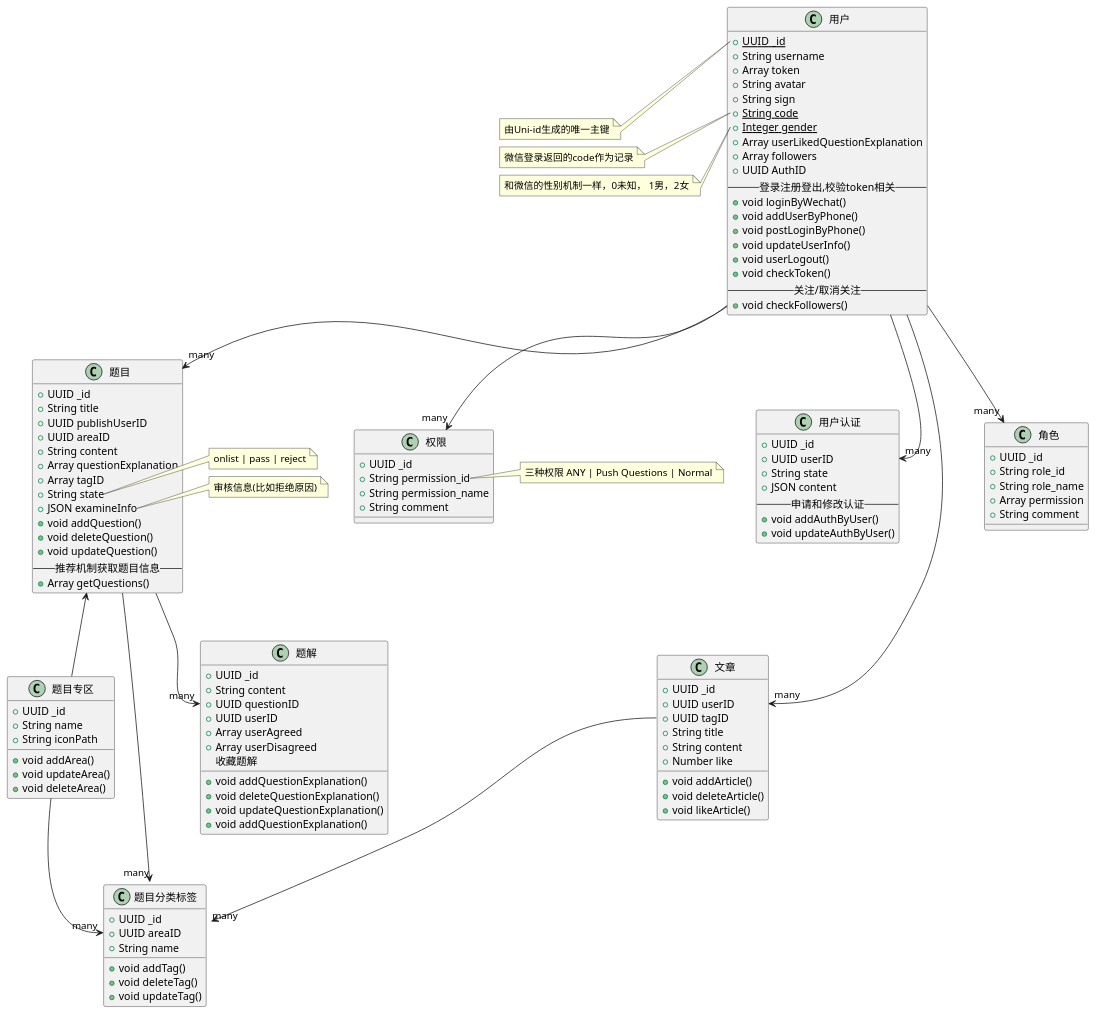
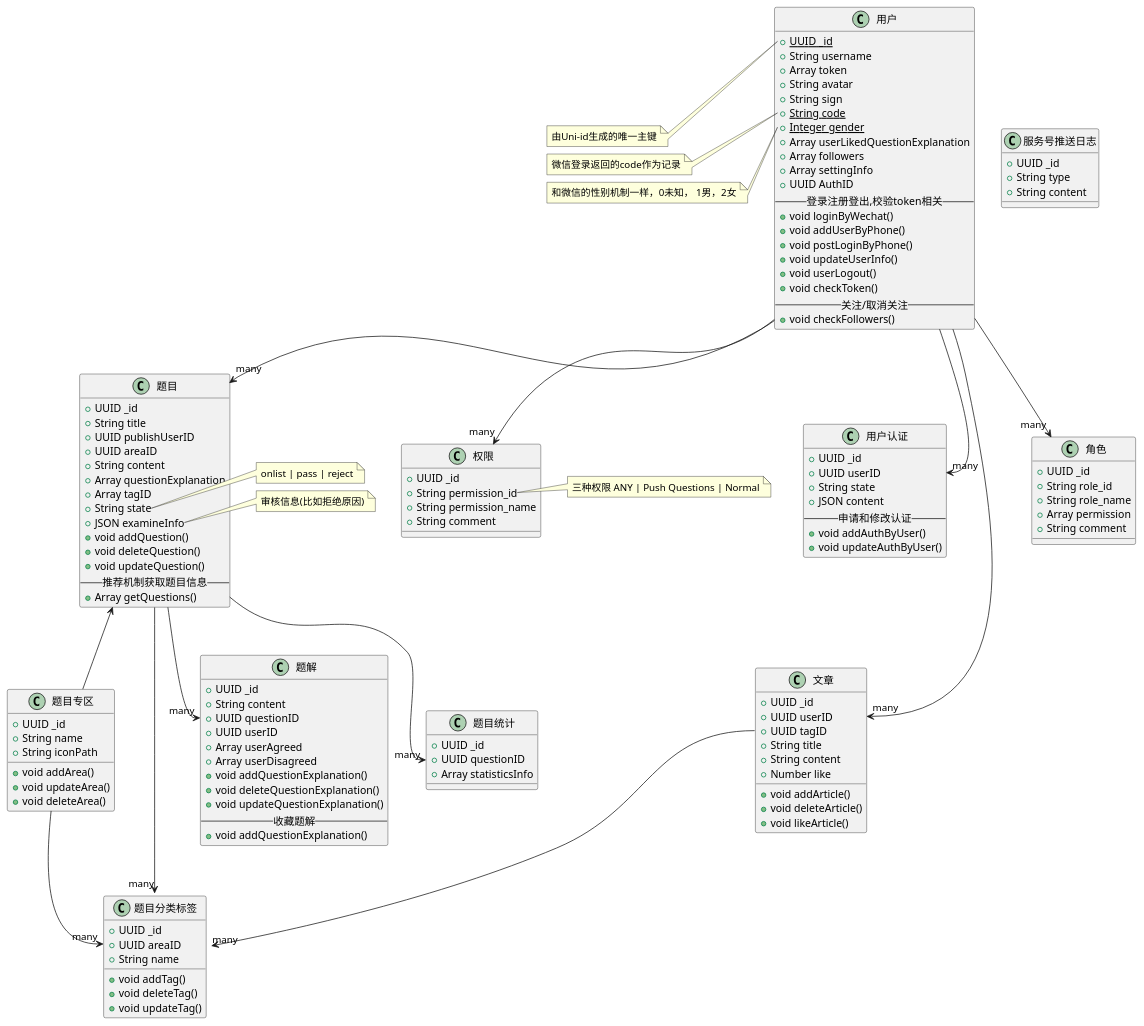
The diagram in doc/db/core.puml (swordjs/app), drawn with PlantUML before and after one commit.

Commit message:
[doc]更改核心类图

```diff
--- a/doc/db/core.puml
+++ b/doc/db/core.puml
@@ -1,133 +1,144 @@
 @startuml
 class 用户 {
     {static} +UUID _id
     +String username
     +Array token
     +String avatar
     +String sign
     {static} +String code
     {static} +Integer gender
     +Array userLikedQuestionExplanation
     +Array followers
+    +Array settingInfo
     +UUID AuthID
     --登录注册登出,校验token相关--
     +void loginByWechat()
     +void addUserByPhone()
     +void postLoginByPhone()
     +void updateUserInfo()
     +void userLogout()
     +void checkToken()
     --关注/取消关注--
     +void checkFollowers()
 }
 class 用户认证{
     +UUID _id
     +UUID userID
     +String state
     +JSON content
     --申请和修改认证--
     +void addAuthByUser()
     +void updateAuthByUser()
 }
 class 题目专区 {
     +UUID _id
     +String name
     +String iconPath
     +void addArea()
     +void updateArea()
     +void deleteArea()
 }
 class 题目分类标签{
     +UUID _id
     +UUID areaID
     +String name
     +void addTag()
     +void deleteTag()
     +void updateTag()
 }
 class 题目 {
     +UUID _id
     +String title
     +UUID publishUserID
     +UUID areaID
     +String content
     +Array questionExplanation
     +Array tagID
     +String state
     +JSON examineInfo
     +void addQuestion()
     +void deleteQuestion()
     +void updateQuestion()
     --推荐机制获取题目信息--
     +Array getQuestions()
 }
 class 题解{
     +UUID _id
     +String content
     +UUID questionID
     +UUID userID
     +Array userAgreed
     +Array userDisagreed
     +void addQuestionExplanation()
     +void deleteQuestionExplanation()
     +void updateQuestionExplanation()
-     --收藏题解--
+    --收藏题解--
     +void addQuestionExplanation()
 }
 
 
 class 文章{
     +UUID _id
     +UUID userID
     +UUID tagID
     +String title
     +String content
     +Number like
     +void addArticle()
     +void deleteArticle()
     +void likeArticle()
 }
 
 class 角色{
     +UUID _id
     +String role_id
     +String role_name
     +Array permission
     +String comment
 }
 class 权限{
     +UUID _id
     +String permission_id
     +String permission_name
     +String comment
 }
-
+class 题目统计{
+    +UUID _id
+    +UUID questionID
+    +Array statisticsInfo
+}
+class 服务号推送日志{
+    +UUID _id
+    +String type
+    +String content
+}
 题目专区 --> "many" 题目分类标签::areaID
 用户 --> "many" 题目
 用户 --> "many" 用户认证::userID
 用户 --> "many" 文章::userID
 用户 --> "many" 角色
 用户 --> "many" 权限
 文章::tagID --> "many" 题目分类标签
 题目 --> "many" 题目分类标签
 题目 <-- 题目专区
 题目 --> "many" 题解::questionID
+题目 --> "many" 题目统计::questionID
 note left of 用户::_id
 由Uni-id生成的唯一主键
 end note
 note left of 用户::code
 微信登录返回的code作为记录
 end note
 note left of 用户::gender
 和微信的性别机制一样，0未知， 1男，2女
 end note
 note right of 题目::state
 onlist | pass | reject
 end note
 note right of 题目::examineInfo
 审核信息(比如拒绝原因)
 end note
 note right of 权限::permission_id
 三种权限 ANY | Push Questions | Normal
 end note
 @enduml
```
